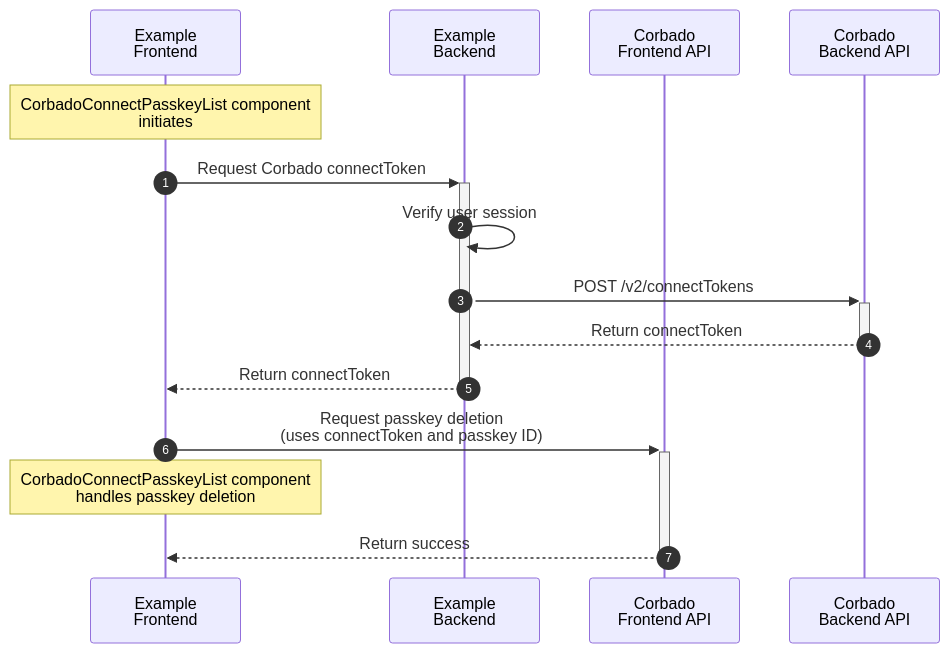
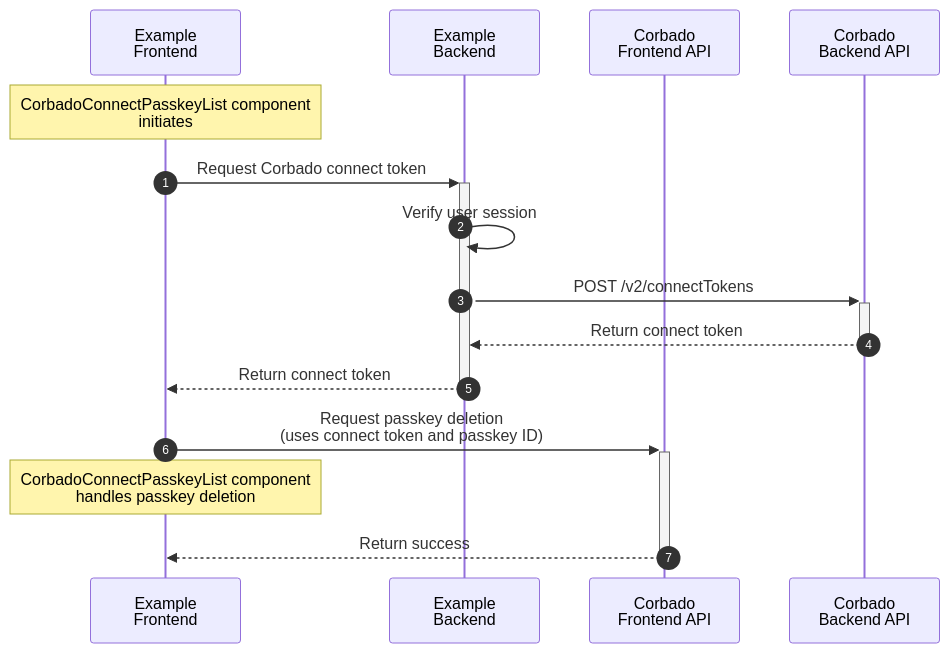
One commit to corbadotech/docs changed the third of 3 diagrams in corbado-connect/integration/cognito.mdx. Above: the diagram before and after it, drawn with Mermaid. The commit also changed other lines of this file and 5 other files, not shown here.

Commit message:
Rename connectToken to connect token

````diff
--- a/corbado-connect/integration/cognito.mdx
+++ b/corbado-connect/integration/cognito.mdx
@@ -906,19 +906,19 @@
 ```mermaid
 sequenceDiagram
     autonumber
     participant ExampleFrontend as Example<br />Frontend
     participant ExampleBackend as Example<br />Backend
     participant FAPI as Corbado<br />Frontend API
     participant BAPI as Corbado<br />Backend API
 
     Note over ExampleFrontend: CorbadoConnectPasskeyList component<br />initiates
-    ExampleFrontend->>+ExampleBackend: Request Corbado connectToken
+    ExampleFrontend->>+ExampleBackend: Request Corbado connect token
     ExampleBackend->>ExampleBackend: Verify user session
     ExampleBackend->>+BAPI: POST /v2/connectTokens
-    BAPI-->>-ExampleBackend: Return connectToken
-    ExampleBackend-->>-ExampleFrontend: Return connectToken
+    BAPI-->>-ExampleBackend: Return connect token
+    ExampleBackend-->>-ExampleFrontend: Return connect token
 
-    ExampleFrontend->>+FAPI: Request passkey deletion<br/>(uses connectToken and passkey ID)
+    ExampleFrontend->>+FAPI: Request passkey deletion<br/>(uses connect token and passkey ID)
     Note over ExampleFrontend: CorbadoConnectPasskeyList component<br />handles passkey deletion
     FAPI-->>-ExampleFrontend: Return success
 ```
````
